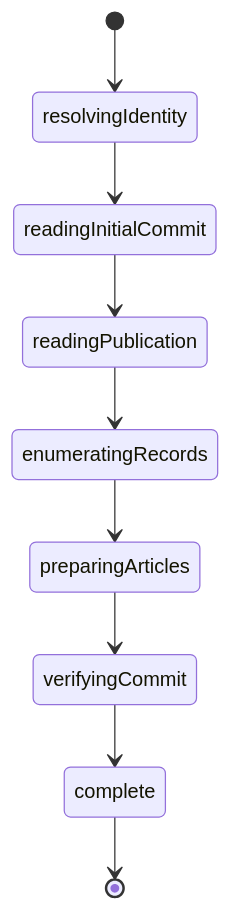
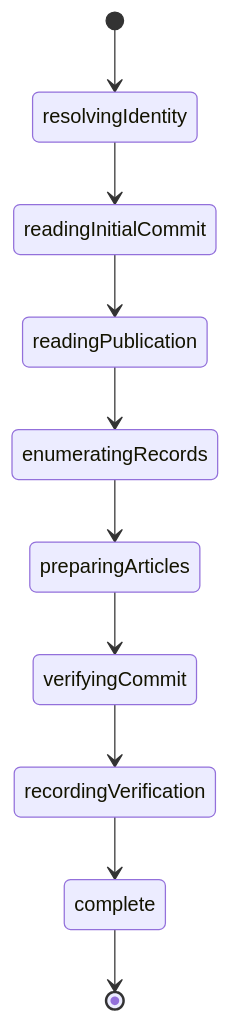
The second of 4 diagrams in specs/001-homepage-native-blog/contracts/reader-lifecycle.md (delightful-labs/delightful-labs), drawn with Mermaid before and after one commit. The commit also changed other lines of this file and 28 other files, not shown here.

````diff
--- a/specs/001-homepage-native-blog/contracts/reader-lifecycle.md
+++ b/specs/001-homepage-native-blog/contracts/reader-lifecycle.md
@@ -73,11 +76,12 @@
 ```mermaid
 stateDiagram-v2
     [*] --> resolvingIdentity
     resolvingIdentity --> readingInitialCommit
     readingInitialCommit --> readingPublication
     readingPublication --> enumeratingRecords
     enumeratingRecords --> preparingArticles
     preparingArticles --> verifyingCommit
-    verifyingCommit --> complete
+    verifyingCommit --> recordingVerification
+    recordingVerification --> complete
     complete --> [*]
 ```
````
